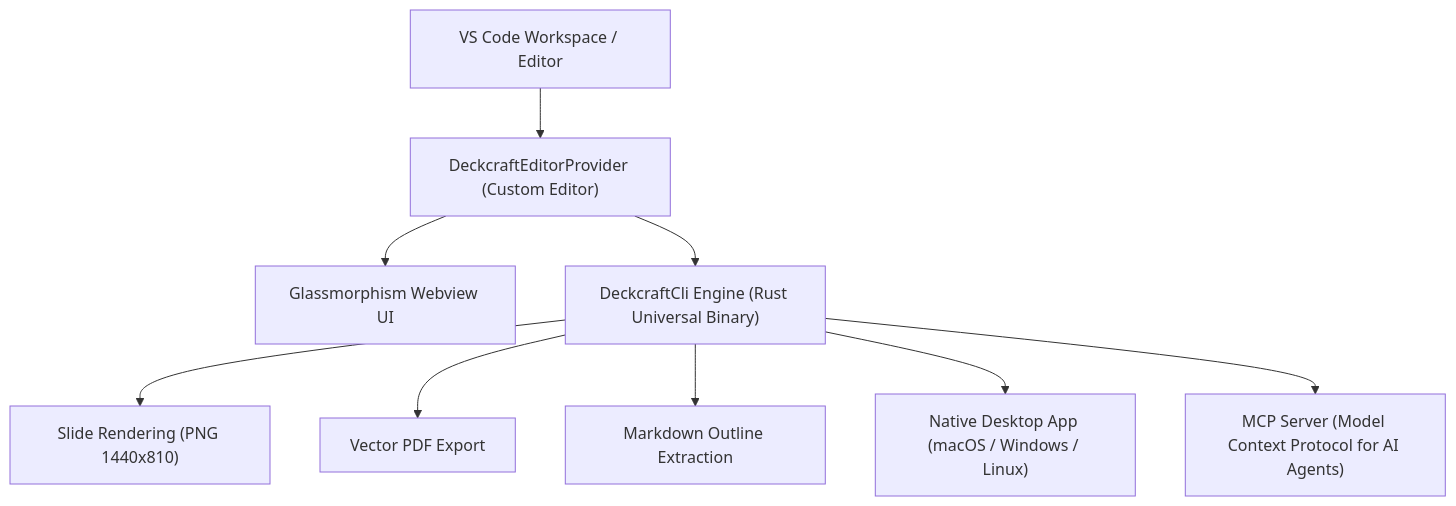
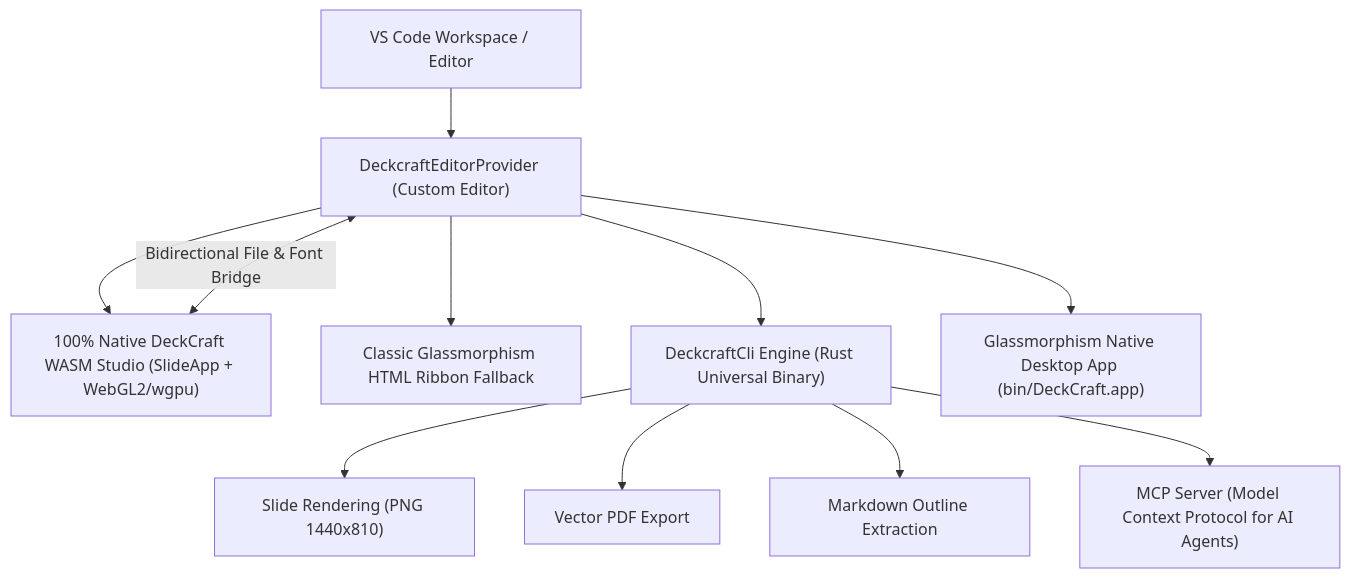
One commit to iamywl/OPEN_PPTX changed the diagram in AGENTS.md. Above: the diagram before and after it, drawn with Mermaid. The commit also changed other lines of this file and 13 other files, not shown here.

Commit message:
feat: embed 100% 1:1 native DeckCraft WASM engine (SlideApp) + apply Glassmorphism theme to both VS Code and native DeckCraft.app + update docs

````diff
--- a/AGENTS.md
+++ b/AGENTS.md
@@ -59,11 +73,13 @@
 ```mermaid
 graph TD
     A["VS Code Workspace / Editor"] --> B["DeckcraftEditorProvider (Custom Editor)"]
-    B --> C["Glassmorphism Webview UI"]
+    B --> C["100% Native DeckCraft WASM Studio (SlideApp + WebGL2/wgpu)"]
+    B --> C2["Classic Glassmorphism HTML Ribbon Fallback"]
+    C <-->|"Bidirectional File & Font Bridge"| B
     B --> D["DeckcraftCli Engine (Rust Universal Binary)"]
     D --> E["Slide Rendering (PNG 1440x810)"]
     D --> F["Vector PDF Export"]
     D --> G["Markdown Outline Extraction"]
-    D --> H["Native Desktop App (macOS / Windows / Linux)"]
+    B --> H["Glassmorphism Native Desktop App (bin/DeckCraft.app)"]
     D --> I["MCP Server (Model Context Protocol for AI Agents)"]
 ```
````
